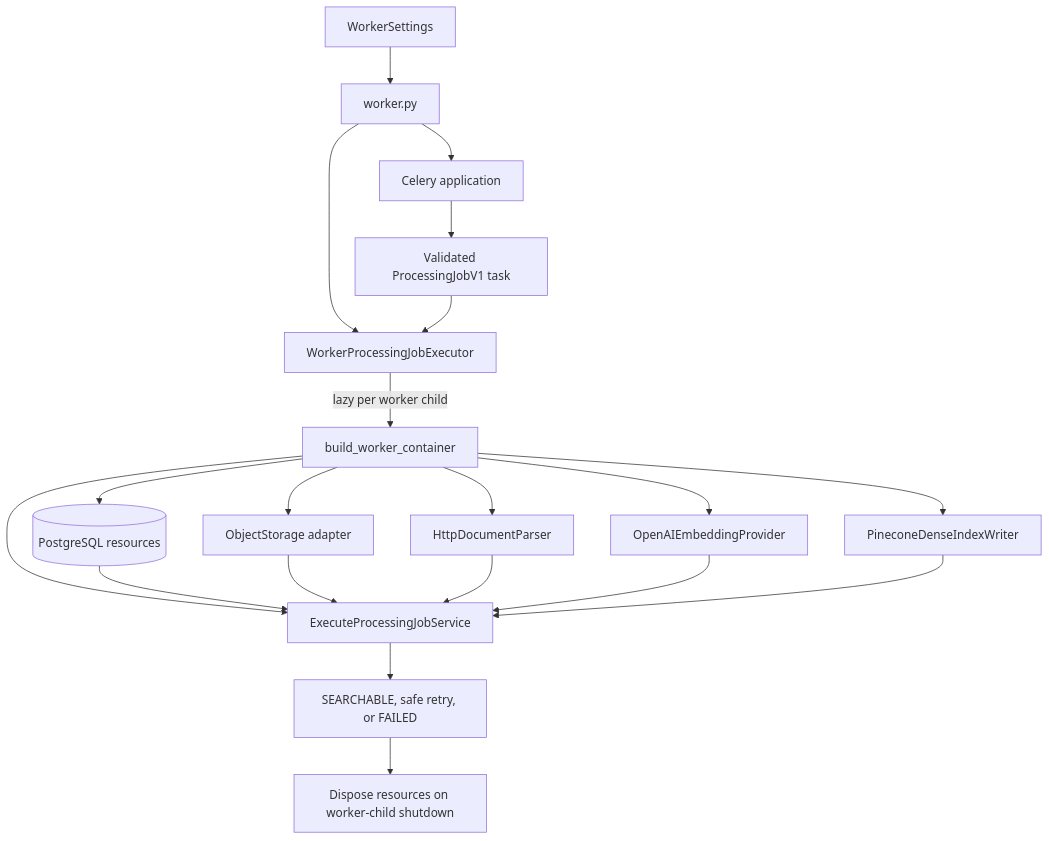
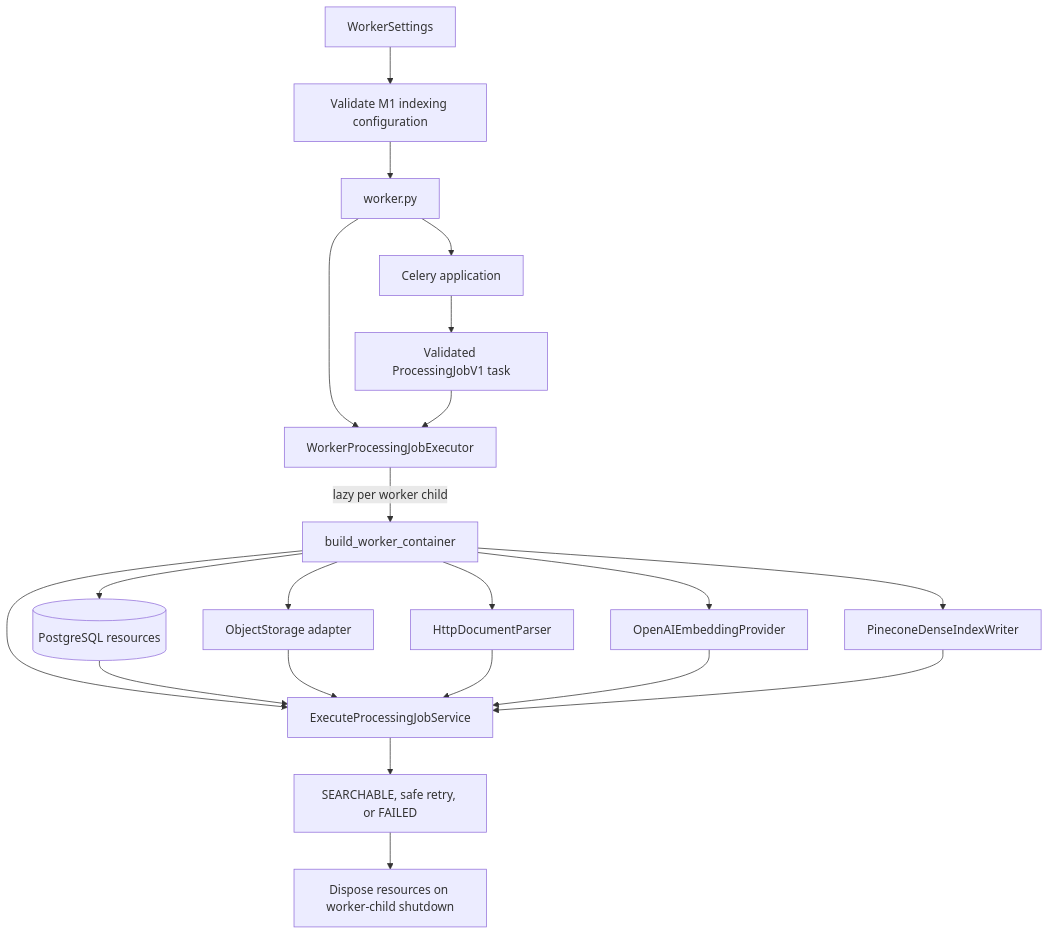
Before and after one commit to rnkraus/investment-research: the second of 2 diagrams in backend/src/investment_research/README.md, drawn with Mermaid. The commit also changed other lines of this file and 5 other files, not shown here.

````diff
--- a/backend/src/investment_research/README.md
+++ b/backend/src/investment_research/README.md
@@ -74,22 +74,23 @@
 ```mermaid
 flowchart TD
-    SETTINGS[WorkerSettings] --> ENTRY[worker.py]
+    SETTINGS[WorkerSettings] --> VALIDATE[Validate M1 indexing configuration]
+    VALIDATE --> ENTRY[worker.py]
     ENTRY --> CELERY[Celery application]
     ENTRY --> EXECUTOR[WorkerProcessingJobExecutor]
     CELERY --> TASK[Validated ProcessingJobV1 task]
     TASK --> EXECUTOR
     EXECUTOR -->|lazy per worker child| BOOT[build_worker_container]
     BOOT --> DB[(PostgreSQL resources)]
     BOOT --> STORAGE[ObjectStorage adapter]
     BOOT --> PARSER[HttpDocumentParser]
     BOOT --> EMBED[OpenAIEmbeddingProvider]
     BOOT --> DENSE[PineconeDenseIndexWriter]
     BOOT --> SERVICE[ExecuteProcessingJobService]
     DB --> SERVICE
     STORAGE --> SERVICE
     PARSER --> SERVICE
     EMBED --> SERVICE
     DENSE --> SERVICE
     SERVICE --> TERMINAL[SEARCHABLE, safe retry, or FAILED]
     TERMINAL --> CLOSE[Dispose resources on worker-child shutdown]
 ```
````
